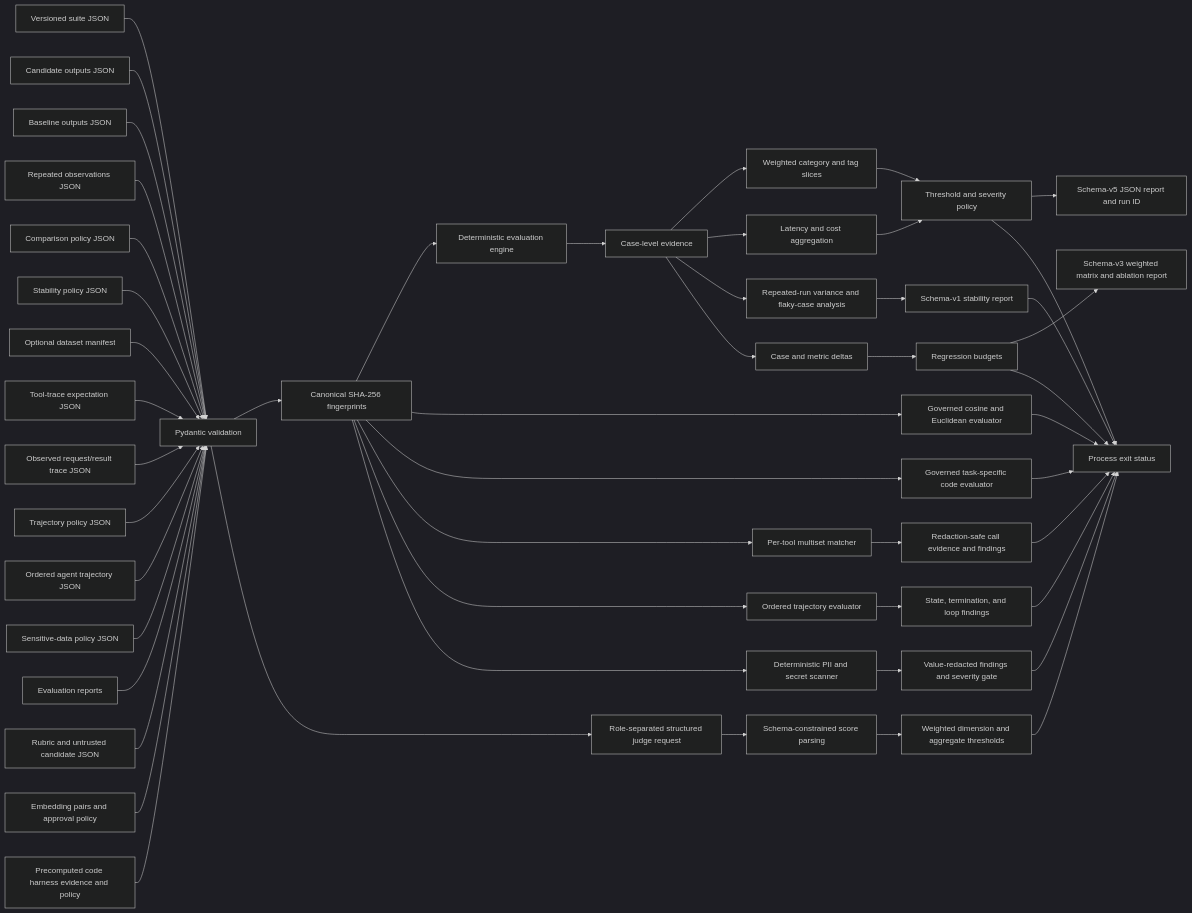
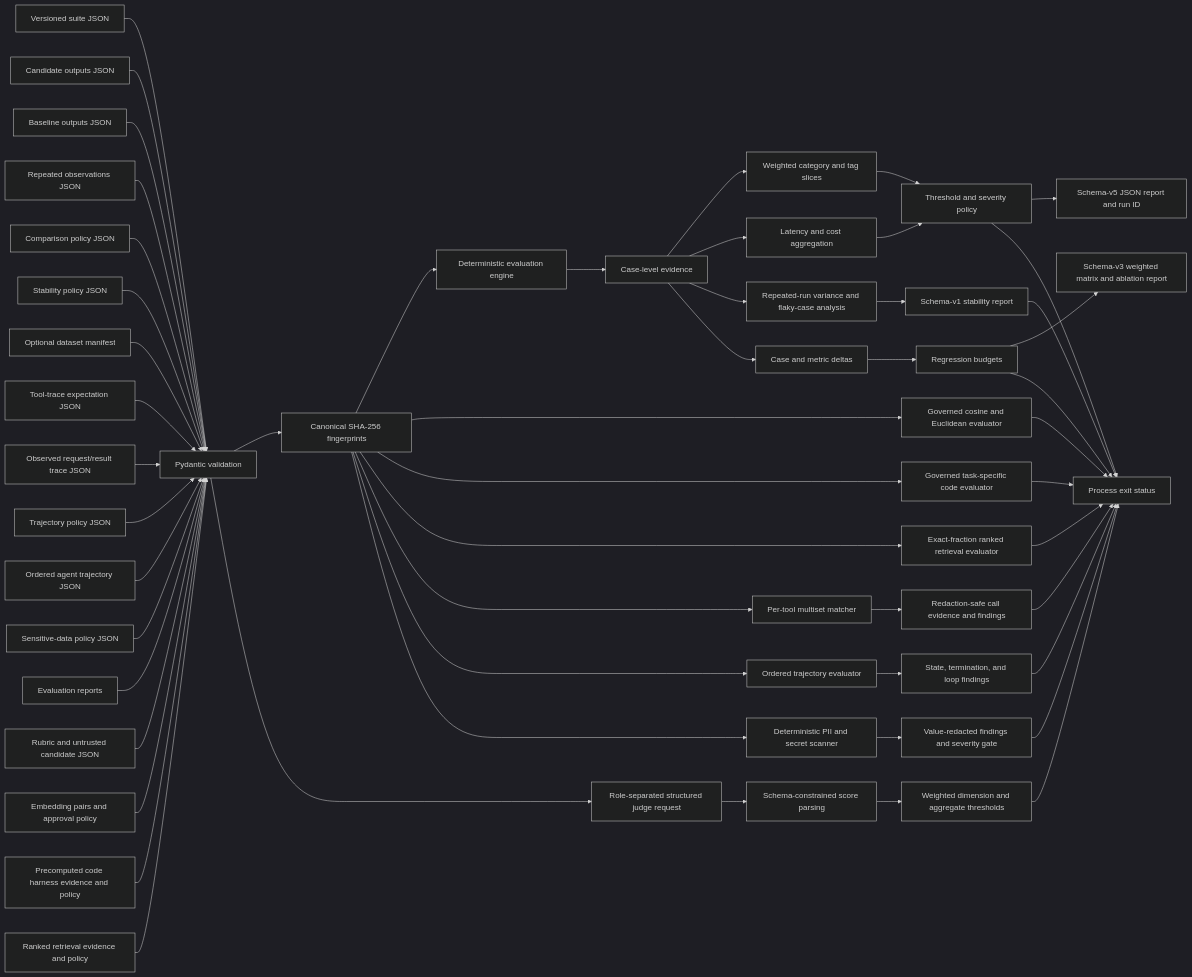
Before and after one commit to navaneeth9908/evalforge: the first of 2 diagrams in docs/architecture.md, drawn with Mermaid (dark theme). The commit also changed other lines of this file and 13 other files, not shown here.

````diff
--- a/docs/architecture.md
+++ b/docs/architecture.md
@@ -7,52 +7,55 @@
 ```mermaid
 flowchart LR
     S[Versioned suite JSON] --> V[Pydantic validation]
     O[Candidate outputs JSON] --> V
     B[Baseline outputs JSON] --> V
     N[Repeated observations JSON] --> V
     C[Comparison policy JSON] --> V
     Y[Stability policy JSON] --> V
     M[Optional dataset manifest] --> V
     U[Tool-trace expectation JSON] --> V
     K[Observed request/result trace JSON] --> V
     TP[Trajectory policy JSON] --> V
     AT[Ordered agent trajectory JSON] --> V
     SD[Sensitive-data policy JSON] --> V
     ER[Evaluation reports] --> V
     RB[Rubric and untrusted candidate JSON] --> V
     EM[Embedding pairs and approval policy] --> V
     CH[Precomputed code harness evidence and policy] --> V
+    RE[Ranked retrieval evidence and policy] --> V
     V --> H[Canonical SHA-256 fingerprints]
     V --> SJ[Role-separated structured judge request]
     SJ --> JS[Schema-constrained score parsing]
     JS --> JW[Weighted dimension and aggregate thresholds]
     JW --> X
     H --> E[Deterministic evaluation engine]
     H --> ES[Governed cosine and Euclidean evaluator]
     ES --> X
     H --> CE[Governed task-specific code evaluator]
     CE --> X
+    H --> REE[Exact-fraction ranked retrieval evaluator]
+    REE --> X
     H --> L[Per-tool multiset matcher]
     H --> TE[Ordered trajectory evaluator]
     TE --> TF[State, termination, and loop findings]
     TF --> X[Process exit status]
     H --> LS[Deterministic PII and secret scanner]
     LS --> LF[Value-redacted findings and severity gate]
     LF --> X
     L --> F[Redaction-safe call evidence and findings]
     F --> X[Process exit status]
     E --> R[Case-level evidence]
     R --> W[Weighted category and tag slices]
     R --> P[Latency and cost aggregation]
     R --> T[Repeated-run variance and flaky-case analysis]
     W --> G[Threshold and severity policy]
     P --> G
     G --> J[Schema-v5 JSON report and run ID]
     G --> X[Process exit status]
     R --> D[Case and metric deltas]
     D --> Q[Regression budgets]
     Q --> A[Schema-v3 weighted matrix and ablation report]
     T --> Z[Schema-v1 stability report]
     Z --> X
     Q --> X
 ```
````
